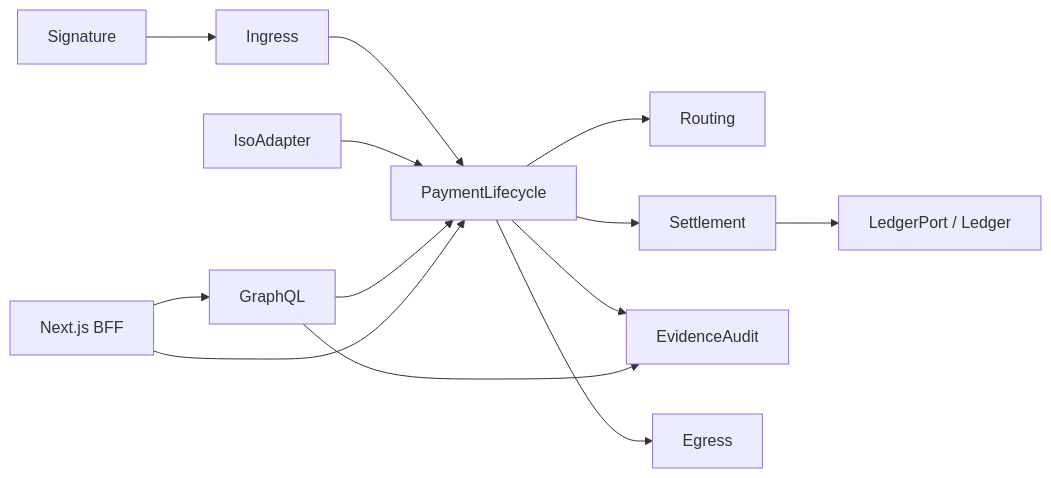
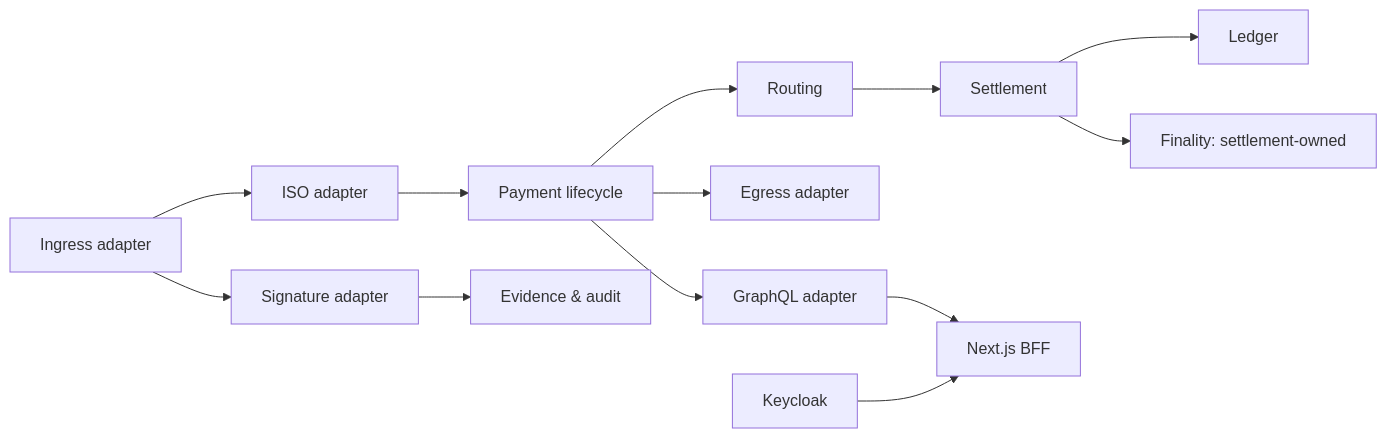
One commit to kanio1/debina changed the diagram in docs/architecture/CONTEXT-MAP.mmd. Above: the diagram before and after it, drawn with Mermaid. The commit also changed 45 other files, not shown here.

Commit message:
docs(rebase): complete phase B product architecture model

```diff
--- a/docs/architecture/CONTEXT-MAP.mmd
+++ b/docs/architecture/CONTEXT-MAP.mmd
@@ -1,13 +1,12 @@
 flowchart LR
-  Ingress --> PaymentLifecycle
-  IsoAdapter --> PaymentLifecycle
-  Signature --> Ingress
-  PaymentLifecycle --> Routing
-  PaymentLifecycle --> Settlement
-  Settlement --> LedgerPort[LedgerPort / Ledger]
-  PaymentLifecycle --> EvidenceAudit
-  GraphQL --> PaymentLifecycle
-  GraphQL --> EvidenceAudit
-  BFF[Next.js BFF] --> GraphQL
-  BFF --> PaymentLifecycle
-  PaymentLifecycle --> Egress
+  ingress[Ingress adapter] --> signature[Signature adapter]
+  ingress --> iso[ISO adapter]
+  iso --> payment[Payment lifecycle]
+  payment --> routing[Routing]
+  routing --> settlement[Settlement]
+  settlement --> ledger[Ledger]
+  settlement --> finality[Finality: settlement-owned]
+  payment --> egress[Egress adapter]
+  signature --> evidence[Evidence & audit]
+  payment --> graphql[GraphQL adapter] --> bff[Next.js BFF]
+  keycloak[Keycloak] --> bff
```
